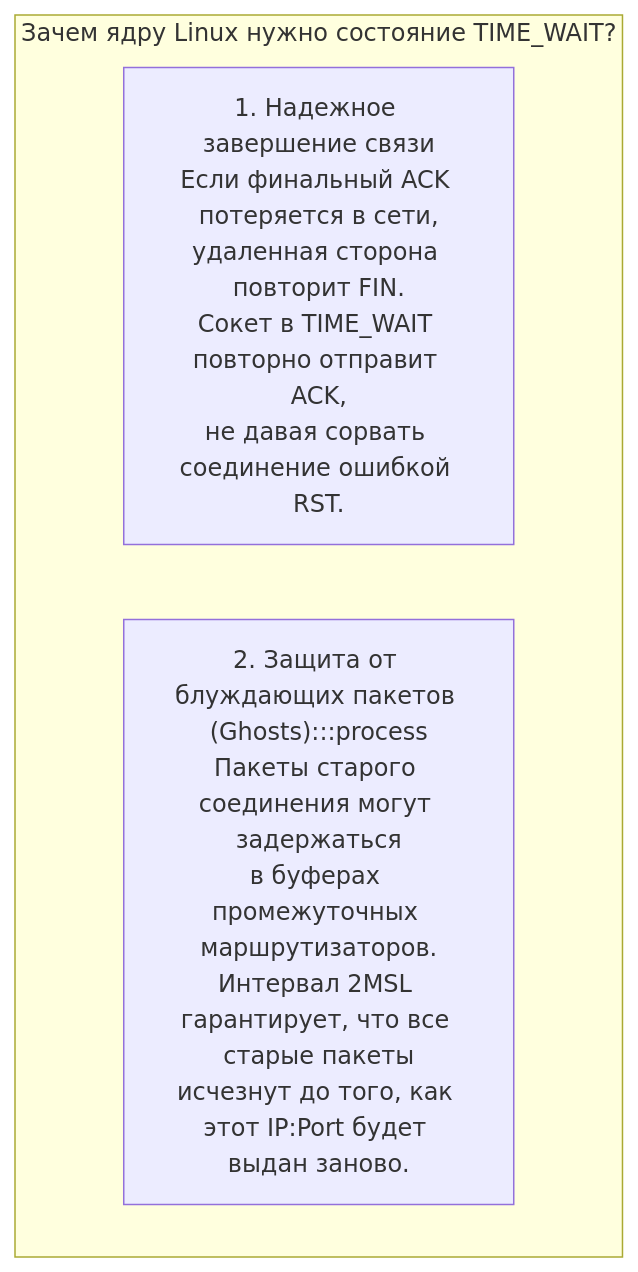
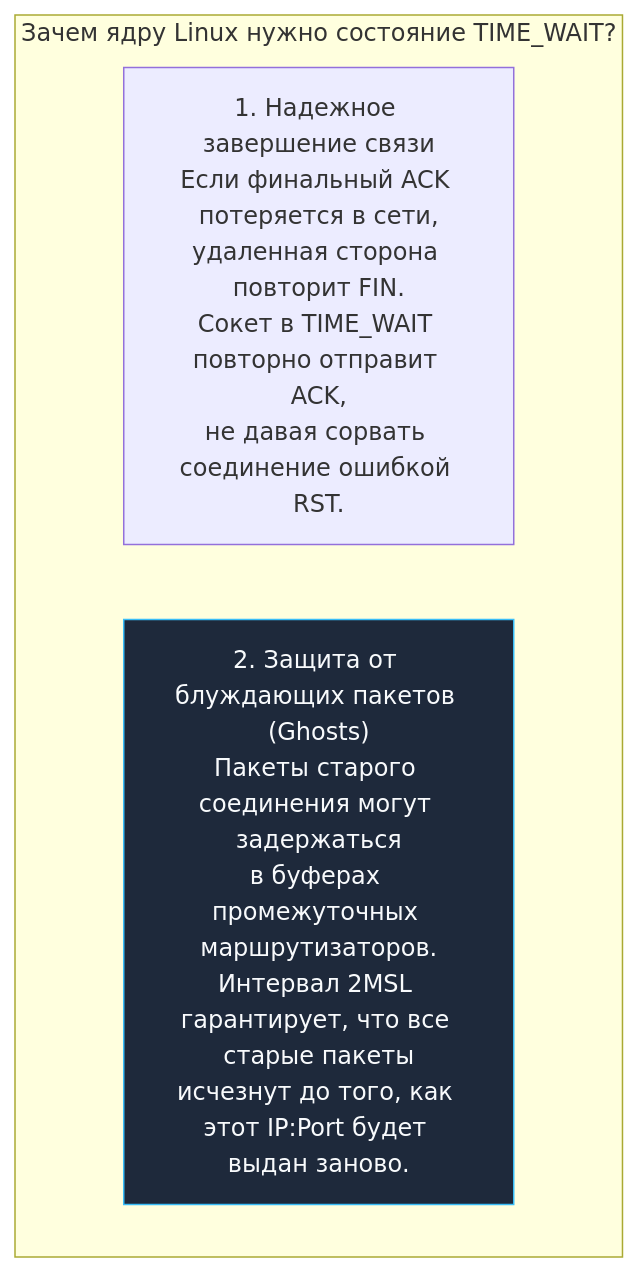
One commit to UnrealTemplier/go-textbook-ru changed the second of 3 diagrams in sources/2. Устройство и работа ОС/50. TIME_WAIT, CLOSE_WAIT и проблемы сокетов.md. Above: the diagram before and after it, drawn with Mermaid. The commit also changed 40 other files, not shown here.

First line of the commit message:
fix(mermaid): move :::class out of 48 quoted node labels

````diff
--- a/sources/2. Устройство и работа ОС/50. TIME_WAIT, CLOSE_WAIT и проблемы сокетов.md
+++ b/sources/2. Устройство и работа ОС/50. TIME_WAIT, CLOSE_WAIT и проблемы сокетов.md
@@ -45,25 +45,25 @@
 ```mermaid
 flowchart TD
     classDef process  fill:#1e293b,stroke:#38bdf8,stroke-width:1px,color:#f8fafc
     classDef success  fill:#064e3b,stroke:#34d399,stroke-width:1px,color:#f8fafc
     classDef error    fill:#7f1d1d,stroke:#f87171,stroke-width:1px,color:#f8fafc
     classDef warning  fill:#78350f,stroke:#fbbf24,stroke-width:1px,color:#f8fafc
     classDef entry    fill:#1e3a5f,stroke:#38bdf8,stroke-width:2px,color:#f8fafc
     classDef aux      fill:#334155,stroke:#64748b,stroke-width:1px,color:#f8fafc
     classDef system   fill:#312e81,stroke:#a78bfa,stroke-width:1px,color:#f8fafc
     classDef data     fill:#132d29,stroke:#2dd4bf,stroke-width:1px,color:#f8fafc
     classDef network  fill:#881337,stroke:#fb7185,stroke-width:1px,color:#f8fafc
     classDef accent   fill:#1e1b4b,stroke:#818cf8,stroke-width:1px,color:#f8fafc
     subgraph WhyTimeWait["Зачем ядру Linux нужно состояние TIME_WAIT?"]
         R1["1. Надежное завершение связи
 Если финальный ACK потеряется в сети,
 удаленная сторона повторит FIN.
 Сокет в TIME_WAIT повторно отправит ACK,
 не давая сорвать соединение ошибкой RST."]
-        R2["2. Защита от блуждающих пакетов (Ghosts):::process
+        R2["2. Защита от блуждающих пакетов (Ghosts)
 Пакеты старого соединения могут задержаться
 в буферах промежуточных маршрутизаторов.
 Интервал 2MSL гарантирует, что все старые пакеты
-исчезнут до того, как этот IP:Port будет выдан заново."]
+исчезнут до того, как этот IP:Port будет выдан заново."]:::process
     end
 ```
````
